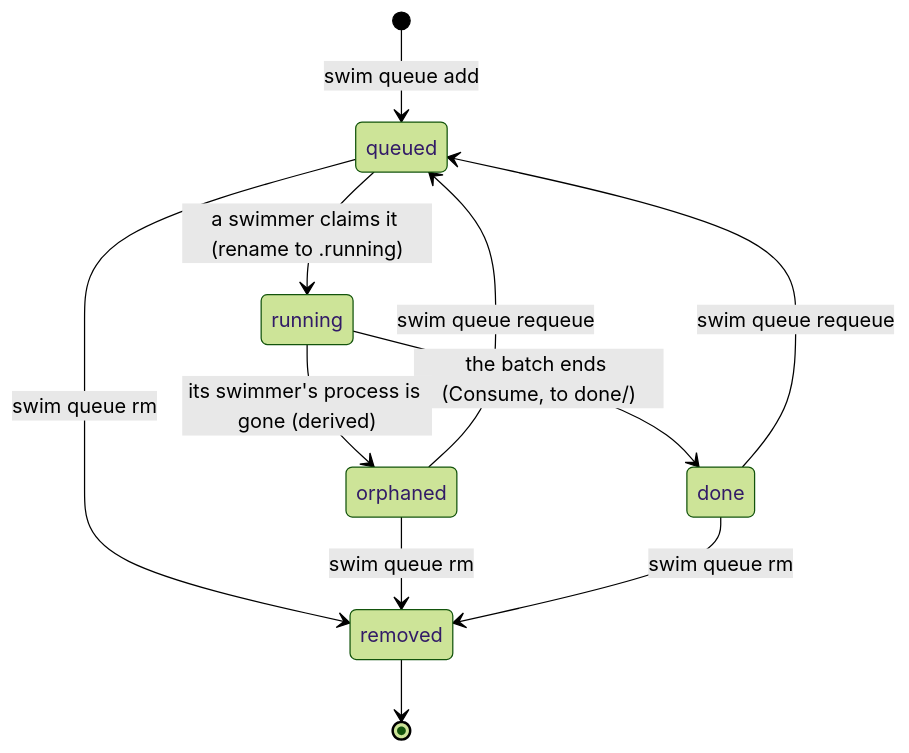
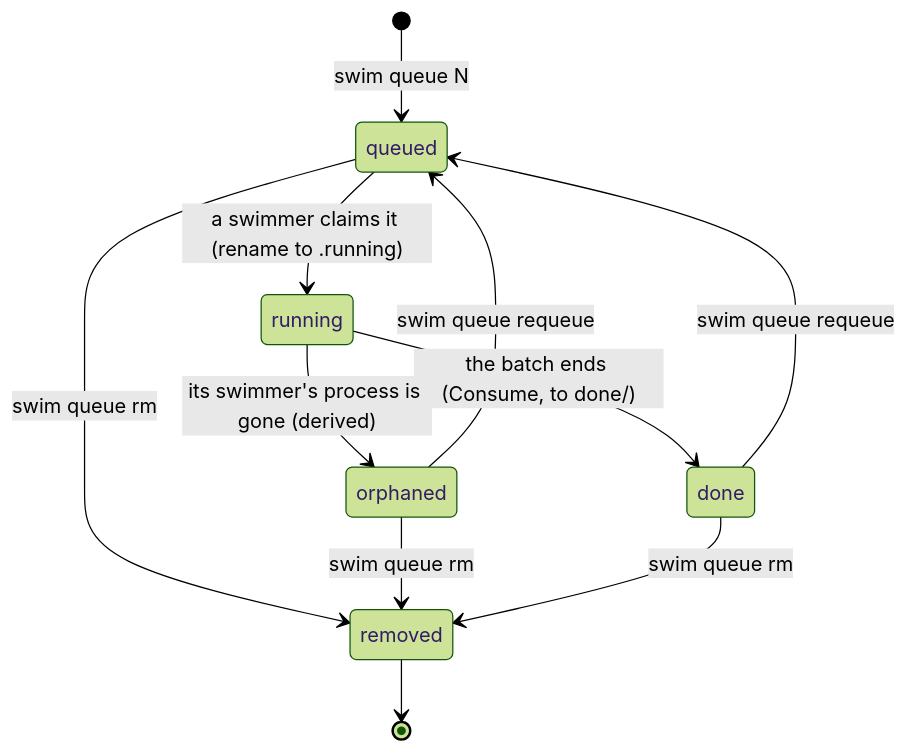
Before and after one commit to gates-brightly/swimlane: the second of 3 diagrams in docs/state.md, drawn with Mermaid (forest theme). The commit also changed other lines of this file and 33 other files, not shown here.

````diff
--- a/docs/state.md
+++ b/docs/state.md
@@ -121,13 +121,13 @@
 ```mermaid
 stateDiagram-v2
-  [*] --> queued: swim queue add
+  [*] --> queued: swim queue N
   queued --> running: a swimmer claims it (rename to .running)
   running --> done: the batch ends (Consume, to done/)
   running --> orphaned: its swimmer's process is gone (derived)
   orphaned --> queued: swim queue requeue
   done --> queued: swim queue requeue
   queued --> removed: swim queue rm
   orphaned --> removed: swim queue rm
   done --> removed: swim queue rm
   removed --> [*]
 ```
````
